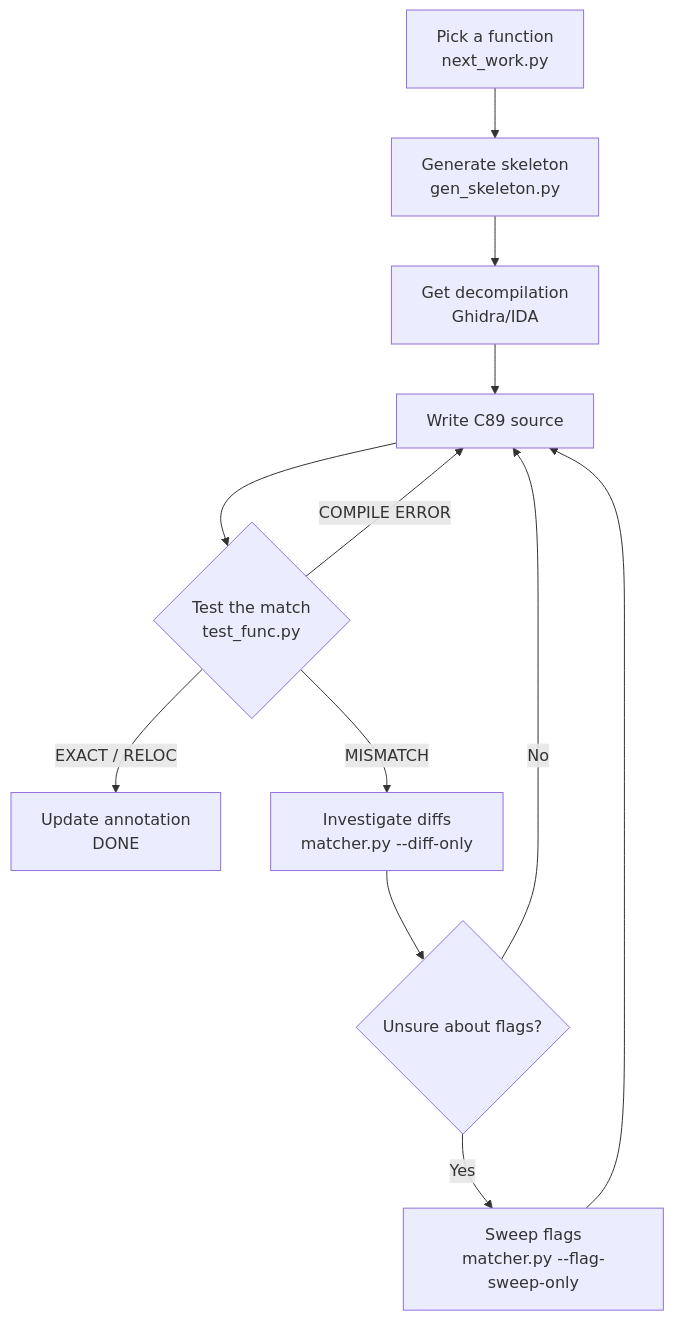
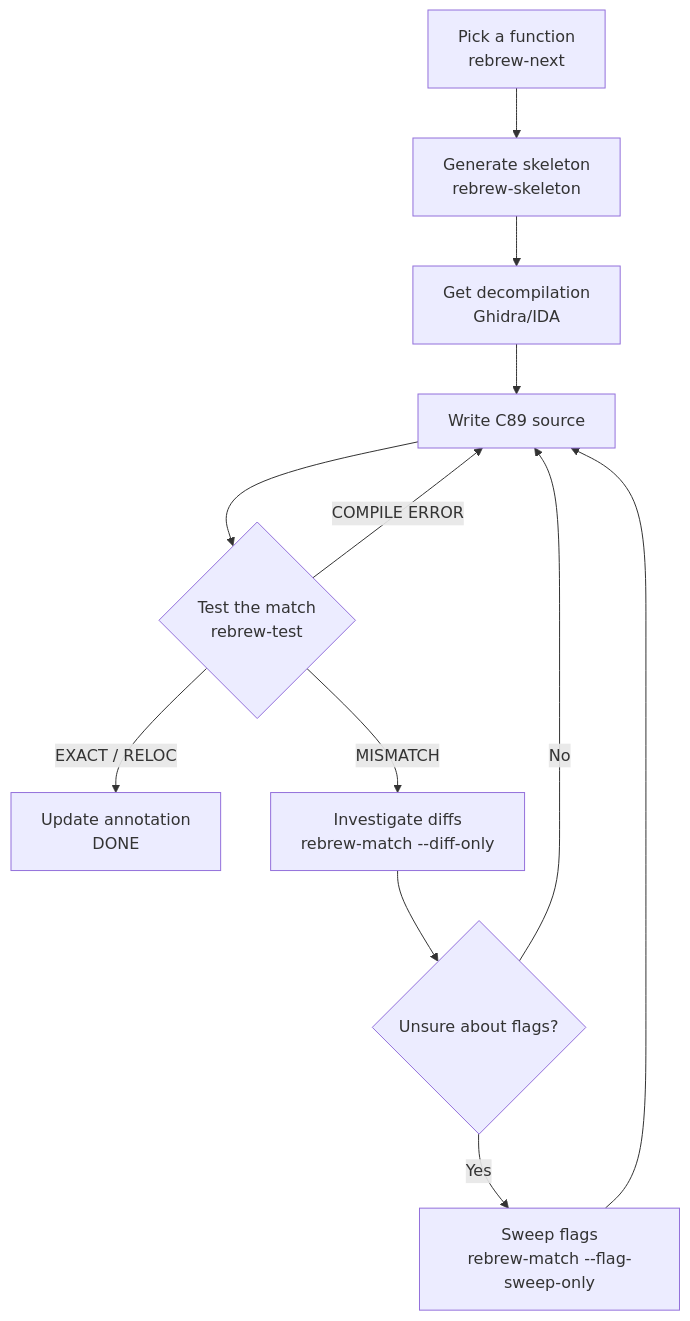
Before and after one commit to maci0/rebrew: the first of 4 diagrams in docs/WORKFLOW.md, drawn with Mermaid. The commit also changed other lines of this file and 77 other files, not shown here.

````diff
--- a/docs/WORKFLOW.md
+++ b/docs/WORKFLOW.md
@@ -60,14 +58,14 @@
 ```mermaid
 graph TD
-    Pick[Pick a function<br/>next_work.py] --> Gen[Generate skeleton<br/>gen_skeleton.py]
+    Pick[Pick a function<br/>rebrew-next] --> Gen[Generate skeleton<br/>rebrew-skeleton]
     Gen --> Decomp[Get decompilation<br/>Ghidra/IDA]
     Decomp --> Write[Write C89 source]
-    Write --> Test{Test the match<br/>test_func.py}
+    Write --> Test{Test the match<br/>rebrew-test}
     Test -->|EXACT / RELOC| Done[Update annotation<br/>DONE]
-    Test -->|MISMATCH| Diff[Investigate diffs<br/>matcher.py --diff-only]
+    Test -->|MISMATCH| Diff[Investigate diffs<br/>rebrew-match --diff-only]
     Test -->|COMPILE ERROR| Write
     Diff --> Flags{Unsure about flags?}
-    Flags -->|Yes| Sweep[Sweep flags<br/>matcher.py --flag-sweep-only]
+    Flags -->|Yes| Sweep[Sweep flags<br/>rebrew-match --flag-sweep-only]
     Sweep --> Write
     Flags -->|No| Write
 ```
````
